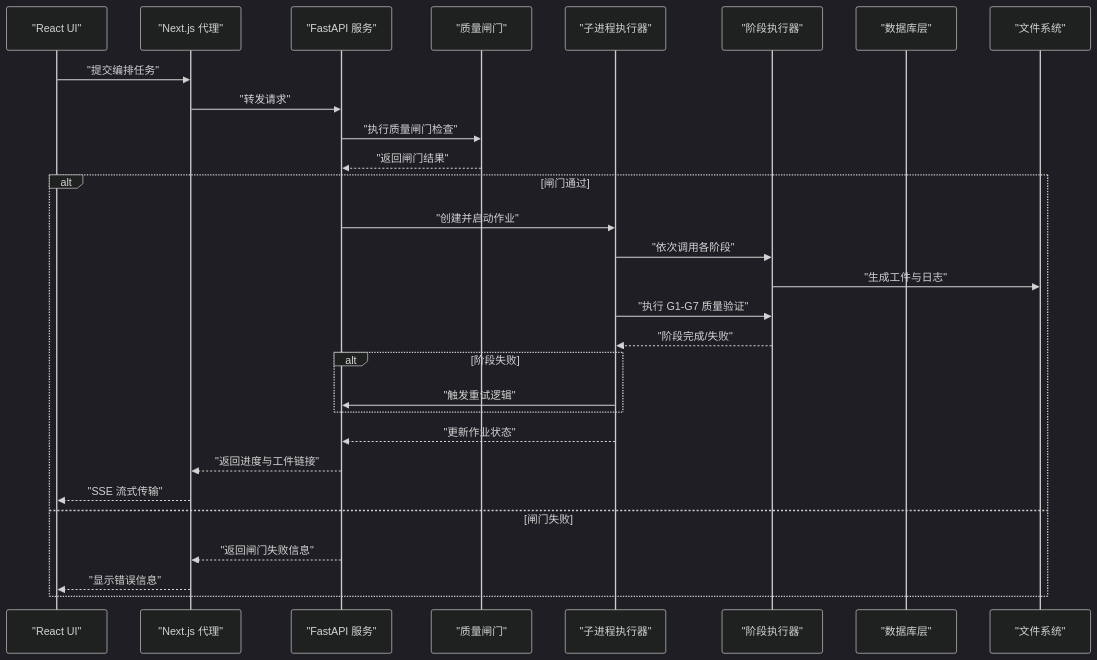
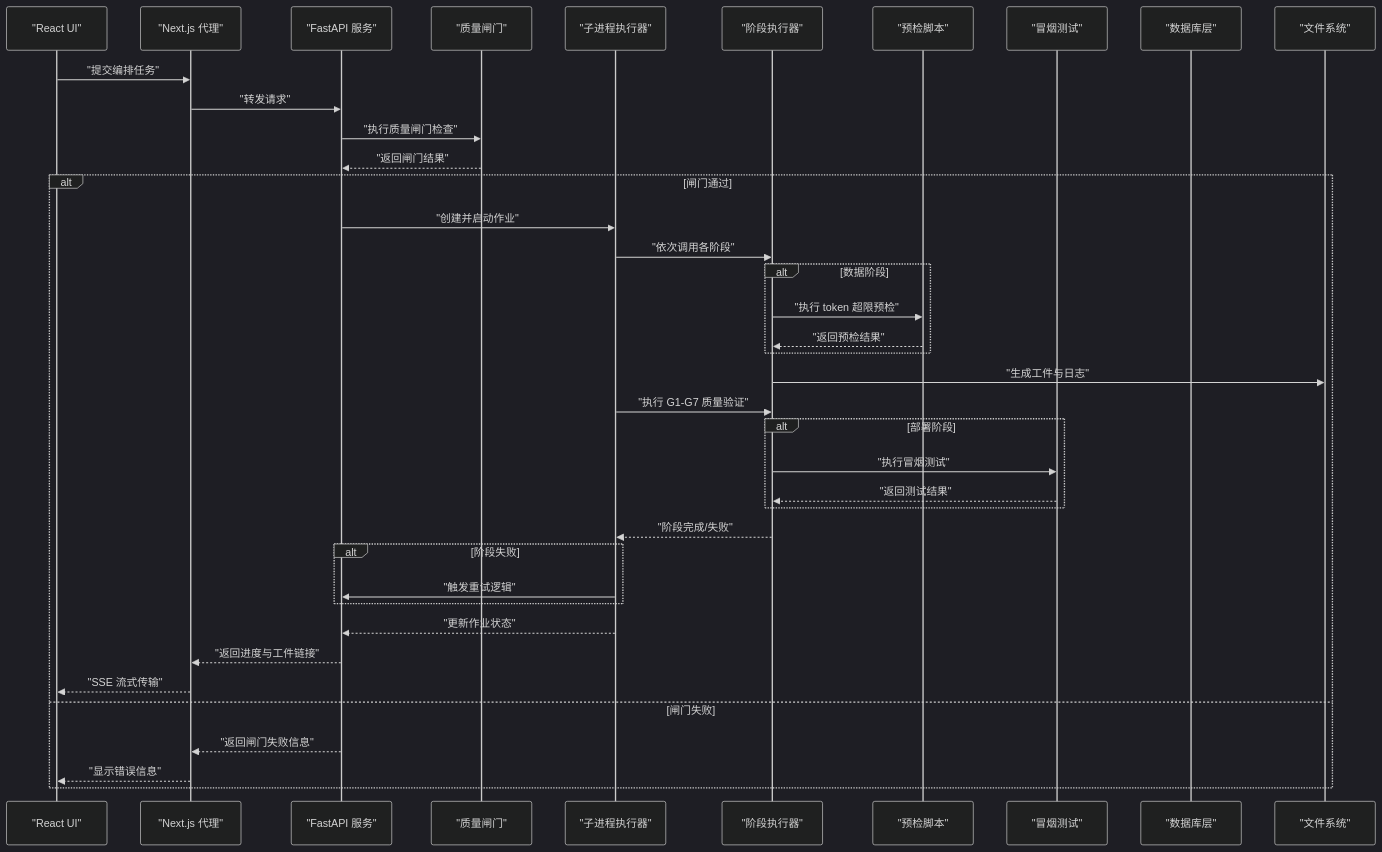
One commit to joezxh/kev changed the second of 13 diagrams in .qoder/repowiki/zh/content/训练框架/医疗微调控制台编排系统.md. Above: the diagram before and after it, drawn with Mermaid (dark theme). The commit also changed other lines of this file and 101 other files, not shown here.

````diff
--- a/.qoder/repowiki/zh/content/训练框架/医疗微调控制台编排系统.md
+++ b/.qoder/repowiki/zh/content/训练框架/医疗微调控制台编排系统.md
@@ -136,31 +157,41 @@
 ```mermaid
 sequenceDiagram
 participant UI as "React UI"
 participant Proxy as "Next.js 代理"
 participant API as "FastAPI 服务"
 participant Gates as "质量闸门"
 participant Executor as "子进程执行器"
 participant Stage as "阶段执行器"
+participant Precheck as "预检脚本"
+participant Smoke as "冒烟测试"
 participant DB as "数据库层"
 participant FS as "文件系统"
 UI->>Proxy : "提交编排任务"
 Proxy->>API : "转发请求"
 API->>Gates : "执行质量闸门检查"
 Gates-->>API : "返回闸门结果"
 alt 闸门通过
 API->>Executor : "创建并启动作业"
 Executor->>Stage : "依次调用各阶段"
+alt 数据阶段
+Stage->>Precheck : "执行 token 超限预检"
+Precheck-->>Stage : "返回预检结果"
+end
 Stage->>FS : "生成工件与日志"
 Executor->>Stage : "执行 G1-G7 质量验证"
+alt 部署阶段
+Stage->>Smoke : "执行冒烟测试"
+Smoke-->>Stage : "返回测试结果"
+end
 Stage-->>Executor : "阶段完成/失败"
 alt 阶段失败
 Executor->>API : "触发重试逻辑"
 end
 Executor-->>API : "更新作业状态"
 API-->>Proxy : "返回进度与工件链接"
 Proxy-->>UI : "SSE 流式传输"
 else 闸门失败
 API-->>Proxy : "返回闸门失败信息"
 Proxy-->>UI : "显示错误信息"
 end
 ```
````
